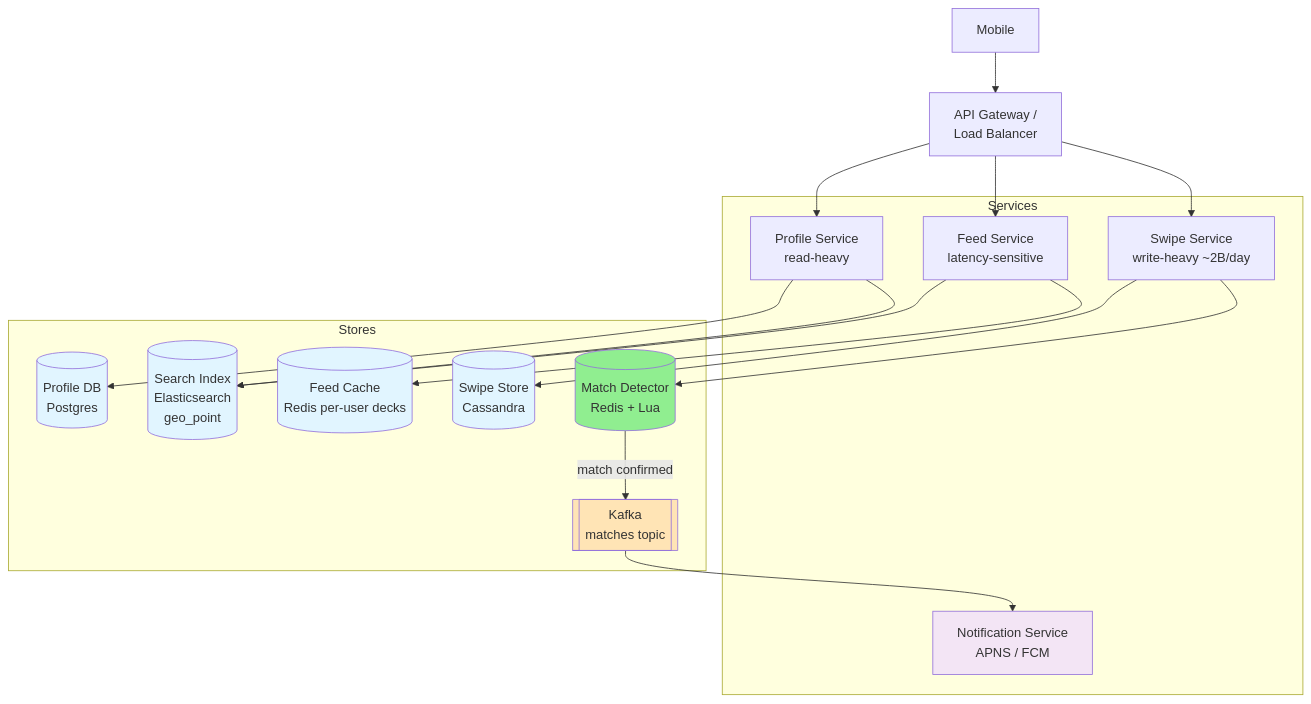
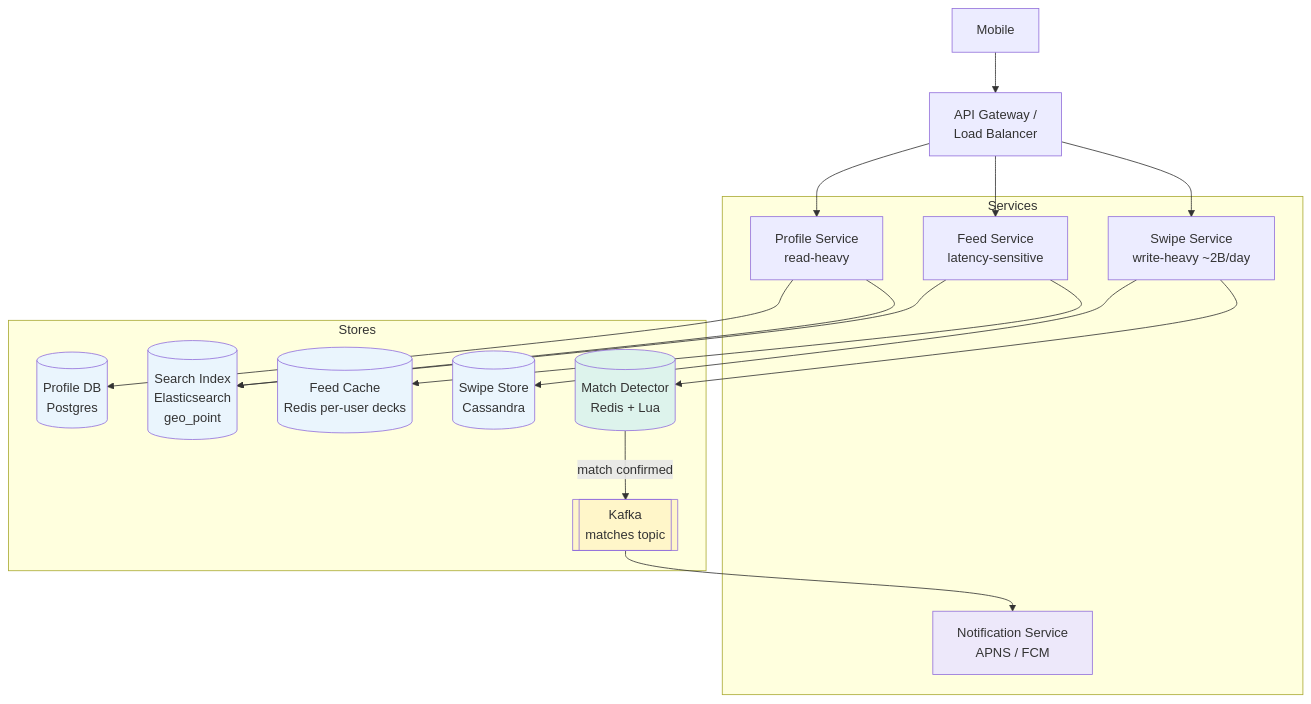
The second of 6 diagrams in LLD/questions/Design Tinder.md (cartmancodes/InterviewVault), drawn with Mermaid before and after one commit. The commit also changed other lines of this file and 679 other files, not shown here.

Commit message:
Unify content diagrams and add accessible visual walkthroughs

````diff
--- a/LLD/questions/Design Tinder.md
+++ b/LLD/questions/Design Tinder.md
@@ -190,43 +190,43 @@
 ```mermaid
 graph TB
     M[Mobile]
     GW[API Gateway /<br/>Load Balancer]
 
     subgraph "Services"
         PS[Profile Service<br/>read-heavy]
         FS[Feed Service<br/>latency-sensitive]
         SS[Swipe Service<br/>write-heavy ~2B/day]
         NS[Notification Service<br/>APNS / FCM]
     end
 
     subgraph "Stores"
         PDB[(Profile DB<br/>Postgres)]
         ES[(Search Index<br/>Elasticsearch<br/>geo_point)]
         DECK[(Feed Cache<br/>Redis per-user decks)]
         CASS[(Swipe Store<br/>Cassandra)]
         MD[(Match Detector<br/>Redis + Lua)]
         KAFKA[[Kafka<br/>matches topic]]
     end
 
     M --> GW
     GW --> PS
     GW --> FS
     GW --> SS
 
     PS --> PDB
     PS --> ES
     FS --> DECK
     FS --> ES
     SS --> CASS
     SS --> MD
     MD -->|match confirmed| KAFKA
     KAFKA --> NS
 
-    style DECK fill:#e1f5ff
-    style CASS fill:#e1f5ff
-    style PDB fill:#e1f5ff
-    style ES fill:#e1f5ff
-    style MD fill:#90EE90
-    style KAFKA fill:#FFE4B5
-    style NS fill:#f3e5f5
+    style DECK fill:#EAF5FD
+    style CASS fill:#EAF5FD
+    style PDB fill:#EAF5FD
+    style ES fill:#EAF5FD
+    style MD fill:#DDF3EC
+    style KAFKA fill:#FFF6C9
+    style NS fill:#EDE8FA
 ```
````
